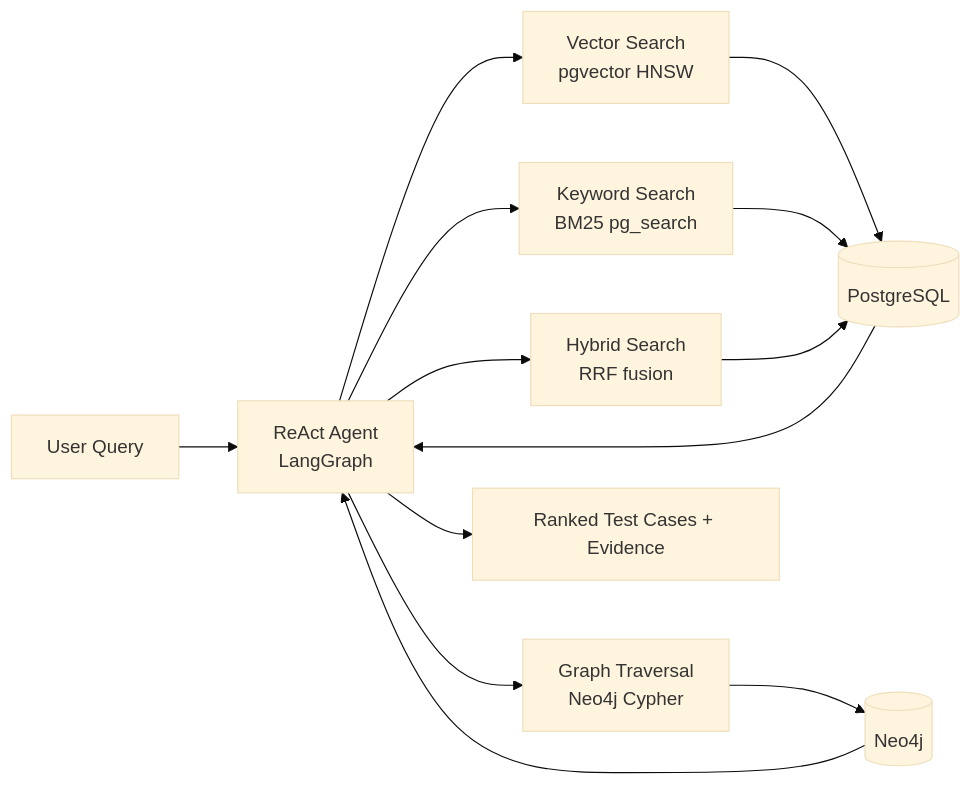
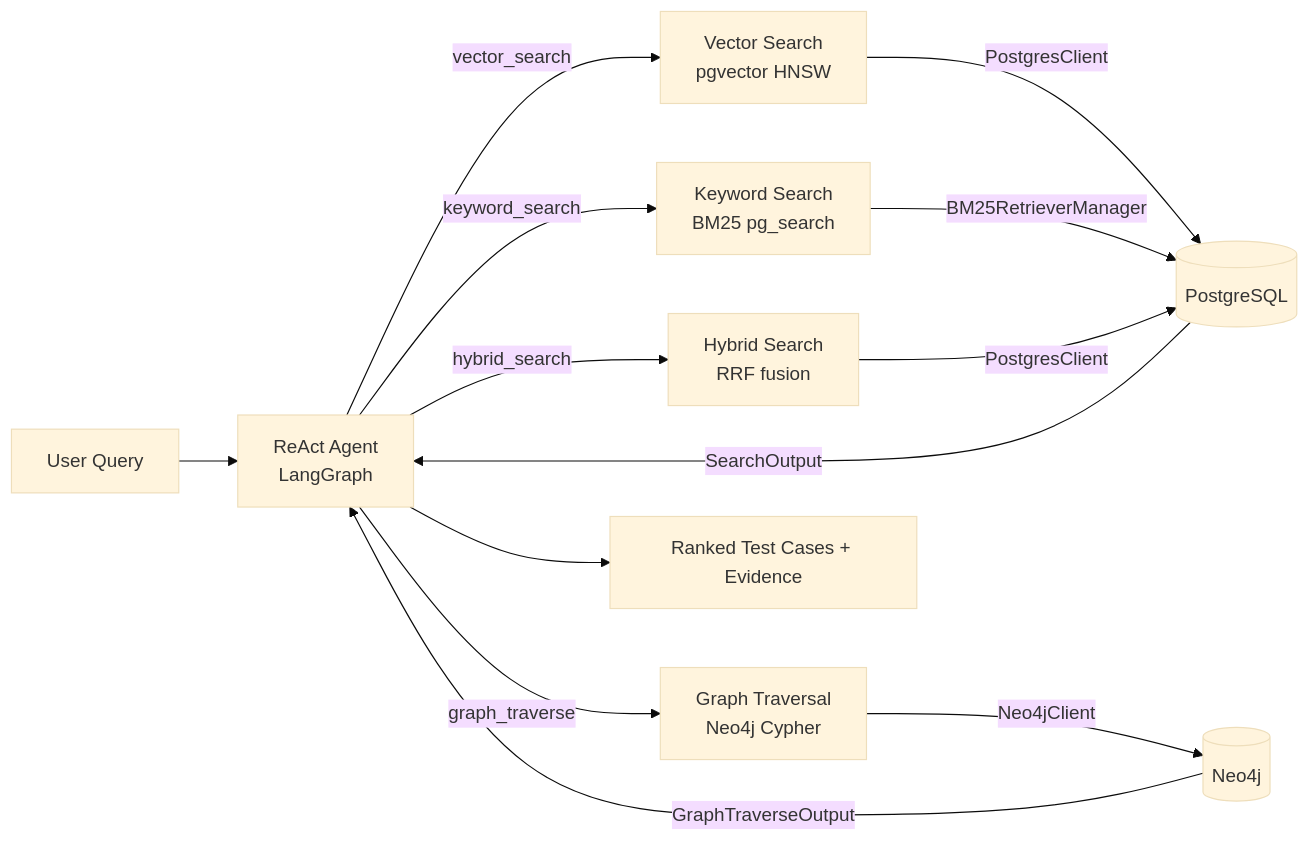
The first of 2 diagrams in docs/supervisor-update-2026-01-28.md (Berkay2002/agentic-rag-test-scope-analysis), drawn with Mermaid (base theme) before and after one commit.

Commit message:
Refactor flowchart connections in supervisor update

````diff
--- a/docs/supervisor-update-2026-01-28.md
+++ b/docs/supervisor-update-2026-01-28.md
@@ -36,17 +36,17 @@
 ```mermaid
 flowchart LR
     User[User Query] --> Agent["ReAct Agent<br>LangGraph"]
-    Agent --> VS["Vector Search<br>pgvector HNSW"]
-    Agent --> KS["Keyword Search<br>BM25 pg_search"]
-    Agent --> HS["Hybrid Search<br>RRF fusion"]
-    Agent --> GT["Graph Traversal<br>Neo4j Cypher"]
+    Agent -->|vector_search| VS["Vector Search<br>pgvector HNSW"]
+    Agent -->|keyword_search| KS["Keyword Search<br>BM25 pg_search"]
+    Agent -->|hybrid_search| HS["Hybrid Search<br>RRF fusion"]
+    Agent -->|graph_traverse| GT["Graph Traversal<br>Neo4j Cypher"]
 
-    VS --> PG[(PostgreSQL)]
-    KS --> PG
-    HS --> PG
-    GT --> N4J[(Neo4j)]
+    VS -->|PostgresClient| PG[(PostgreSQL)]
+    KS -->|BM25RetrieverManager| PG
+    HS -->|PostgresClient| PG
+    GT -->|Neo4jClient| N4J[(Neo4j)]
 
-    PG --> Agent
-    N4J --> Agent
+    PG -->|SearchOutput| Agent
+    N4J -->|GraphTraverseOutput| Agent
     Agent --> Answer["Ranked Test Cases + Evidence"]
 ```
````
